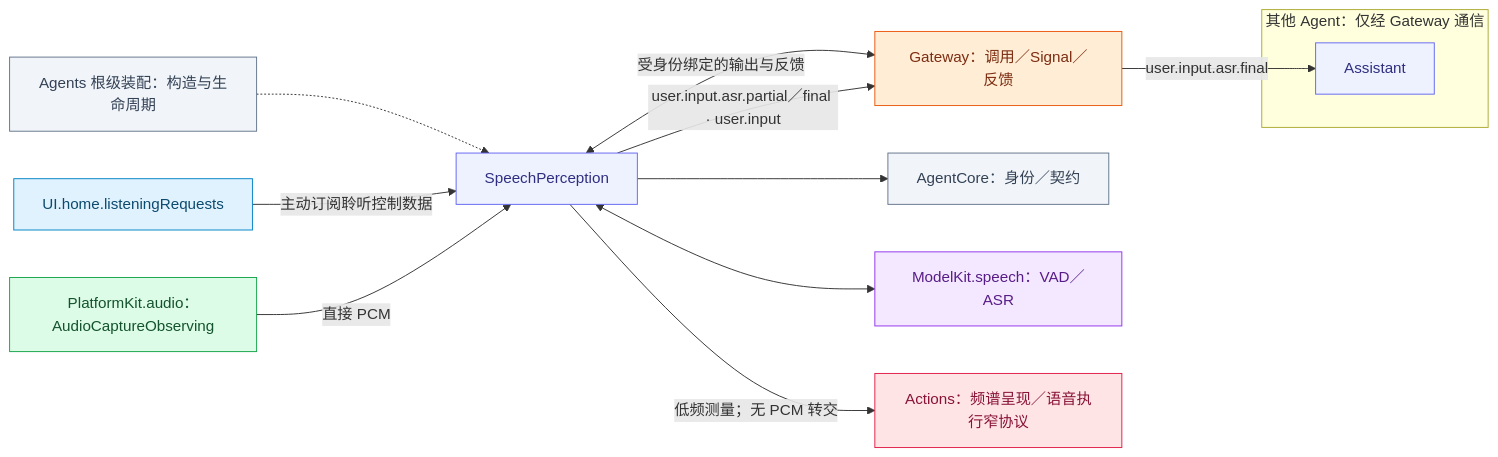
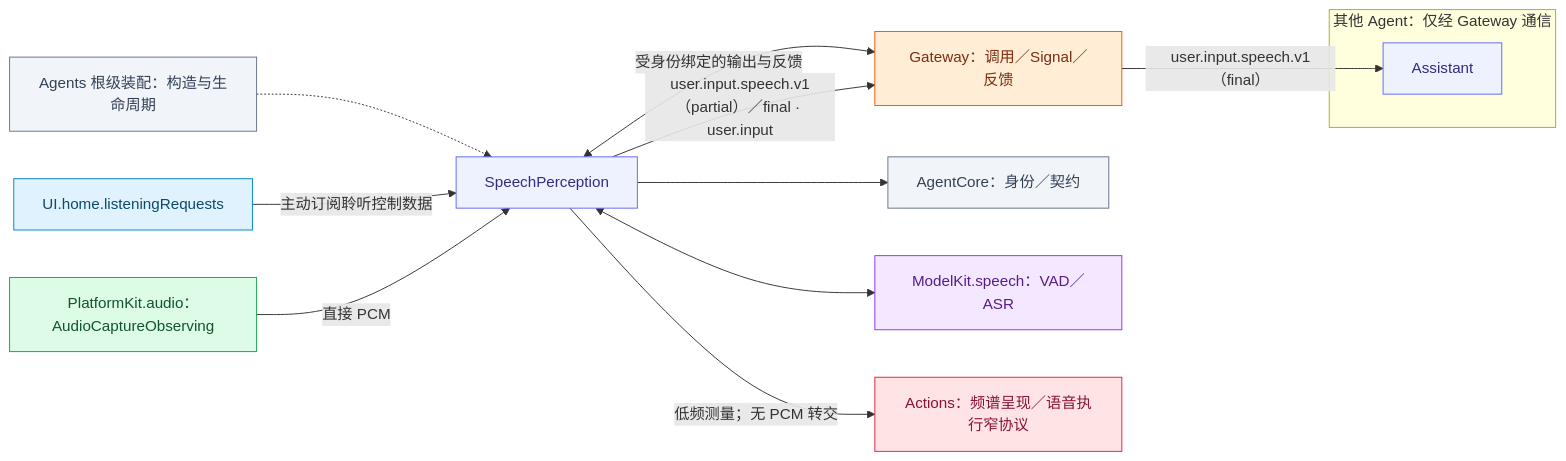
Before and after one commit to devilyouwei/MobileHarness: the first of 3 diagrams in MobileHarness/Agents/SpeechPerception/README.md, drawn with Mermaid. The commit also changed other lines of this file and 246 other files, not shown here.

````diff
--- a/MobileHarness/Agents/SpeechPerception/README.md
+++ b/MobileHarness/Agents/SpeechPerception/README.md
@@ -36,32 +36,32 @@
 ```mermaid
 flowchart LR
  A["SpeechPerception"]:::agent
  G["Gateway：调用／Signal／反馈"]:::gateway
  C["AgentCore：身份／契约"]:::host
  H["Agents 根级装配：构造与生命周期"]:::host
  H -.-> A
  A --> C
  A <-->|"受身份绑定的输出与反馈"| G
  U["UI.home.listeningRequests"]:::ui
  U -->|"主动订阅聆听控制数据"| A
  P["PlatformKit.audio：AudioCaptureObserving"]:::platform
  P -->|"直接 PCM"| A
  M["ModelKit.speech：VAD／ASR"]:::model
  A <--> M
  X["Actions：频谱呈现／语音执行窄协议"]:::action
  A -->|"低频测量；无 PCM 转交"| X
  subgraph Peers["其他 Agent：仅经 Gateway 通信"]
  AS["Assistant"]:::agent
  end
- A -->|"user.input.asr.partial／final · user.input"| G
- G -->|"user.input.asr.final"| AS
+ A -->|"user.input.speech.v1（partial）／final · user.input"| G
+ G -->|"user.input.speech.v1（final）"| AS
 
  classDef ui fill:#e0f2fe,stroke:#0284c7,color:#0c4a6e
  classDef platform fill:#dcfce7,stroke:#16a34a,color:#14532d
  classDef model fill:#f3e8ff,stroke:#9333ea,color:#581c87
  classDef storage fill:#fef3c7,stroke:#d97706,color:#78350f
  classDef agent fill:#eef2ff,stroke:#6366f1,color:#312e81
  classDef gateway fill:#ffedd5,stroke:#ea580c,color:#7c2d12
  classDef action fill:#ffe4e6,stroke:#e11d48,color:#881337
  classDef host fill:#f1f5f9,stroke:#64748b,color:#334155
 ```
````
